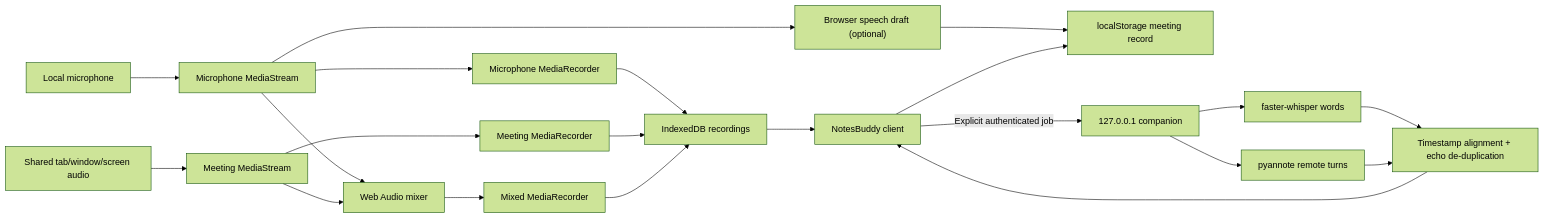
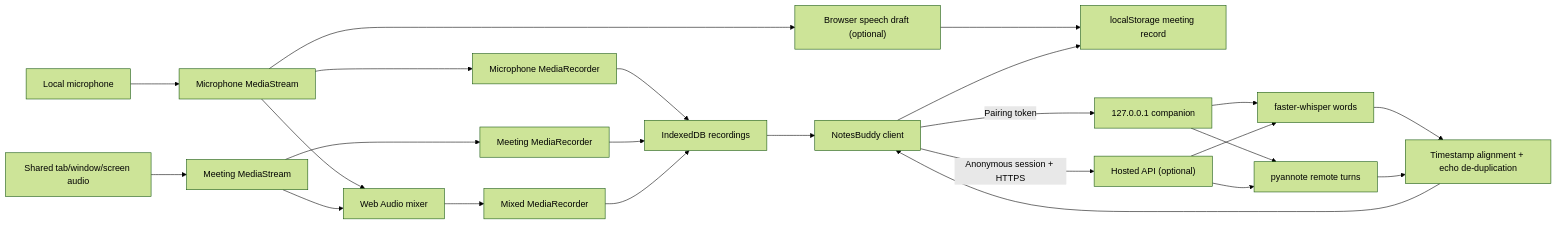
The first of 2 diagrams in docs/ARCHITECTURE.md (sumarahmed/AINotesBuddy), drawn with Mermaid (forest theme) before and after one commit. The commit also changed other lines of this file and 28 other files, not shown here.

Commit message:
Add anonymous hosted transcription service

````diff
--- a/docs/ARCHITECTURE.md
+++ b/docs/ARCHITECTURE.md
@@ -20,25 +22,28 @@
 ```mermaid
 flowchart LR
     Mic["Local microphone"] --> MicStream["Microphone MediaStream"]
     Share["Shared tab/window/screen audio"] --> MeetingStream["Meeting MediaStream"]
     MicStream --> MicRecorder["Microphone MediaRecorder"]
     MeetingStream --> MeetingRecorder["Meeting MediaRecorder"]
     MicStream --> Mixer["Web Audio mixer"]
     MeetingStream --> Mixer
     Mixer --> MixedRecorder["Mixed MediaRecorder"]
     MicRecorder --> IDB["IndexedDB recordings"]
     MeetingRecorder --> IDB
     MixedRecorder --> IDB
 
     MicStream --> BrowserSpeech["Browser speech draft (optional)"]
     BrowserSpeech --> LocalStorage["localStorage meeting record"]
 
     IDB --> Client["NotesBuddy client"]
-    Client -->|"Explicit authenticated job"| Companion["127.0.0.1 companion"]
+    Client -->|"Pairing token"| Companion["127.0.0.1 companion"]
+    Client -->|"Anonymous session + HTTPS"| Hosted["Hosted API (optional)"]
     Companion --> Whisper["faster-whisper words"]
+    Hosted --> Whisper
     Companion --> Pyannote["pyannote remote turns"]
+    Hosted --> Pyannote
     Whisper --> Alignment["Timestamp alignment + echo de-duplication"]
     Pyannote --> Alignment
     Alignment --> Client
     Client --> LocalStorage
 ```
````
